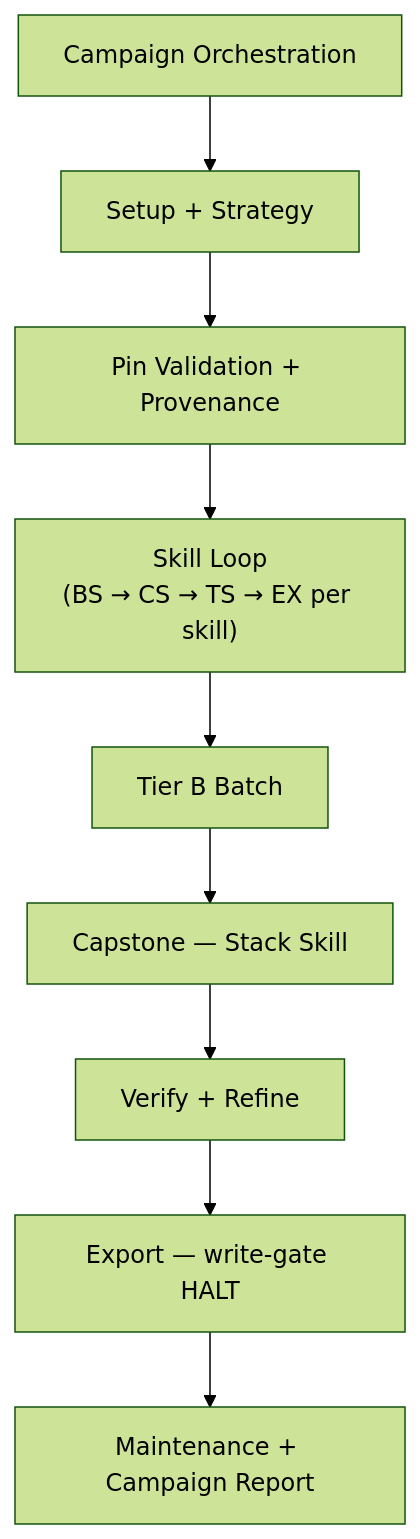
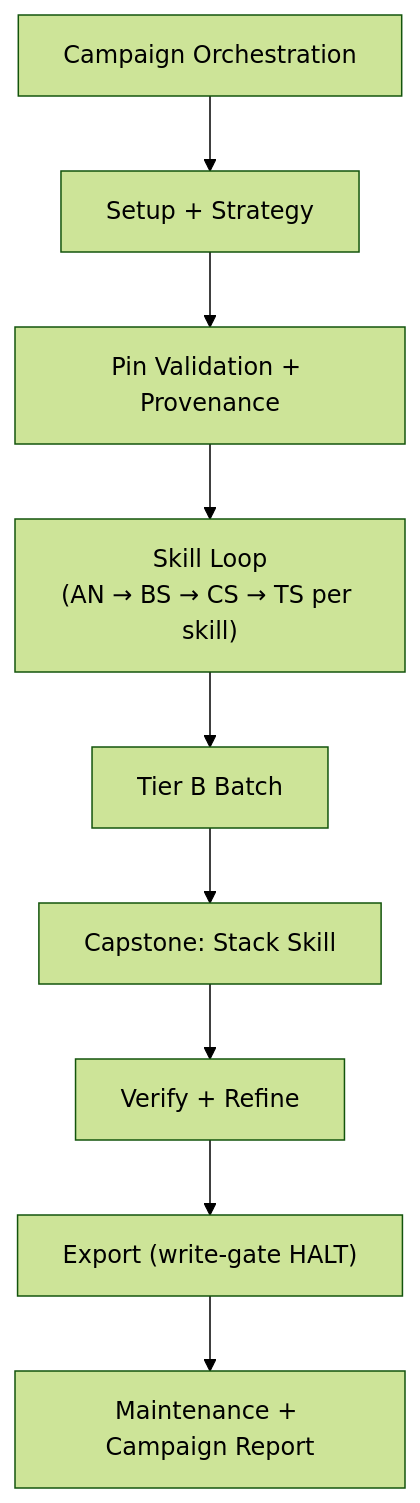
Before and after one commit to rxm7706/local-recipes: the third of 3 diagrams in _skf-learn/workflows.md, drawn with Mermaid (forest theme). The commit also changed other lines of this file and 706 other files, not shown here.

````diff
--- a/_skf-learn/workflows.md
+++ b/_skf-learn/workflows.md
@@ -306,11 +416,11 @@
 ```mermaid
 flowchart TD
     CAMPAIGN[Campaign Orchestration] --> SETUP[Setup + Strategy]
     SETUP --> PINS[Pin Validation + Provenance]
-    PINS --> LOOP["Skill Loop<br/>(BS → CS → TS → EX per skill)"]
+    PINS --> LOOP["Skill Loop<br/>(AN → BS → CS → TS per skill)"]
     LOOP --> BATCH[Tier B Batch]
-    BATCH --> CAP[Capstone — Stack Skill]
+    BATCH --> CAP["Capstone: Stack Skill"]
     CAP --> VER[Verify + Refine]
-    VER --> EXPORT[Export — write-gate HALT]
+    VER --> EXPORT["Export (write-gate HALT)"]
     EXPORT --> MAINT[Maintenance + Campaign Report]
 ```
````
